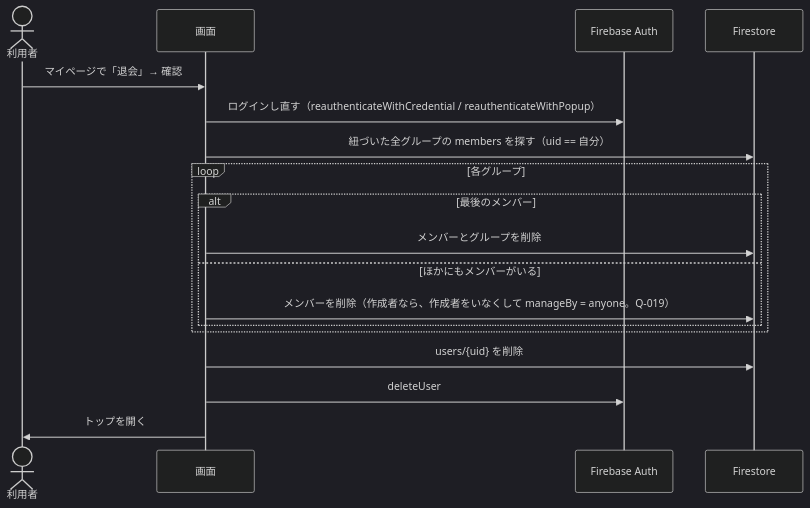
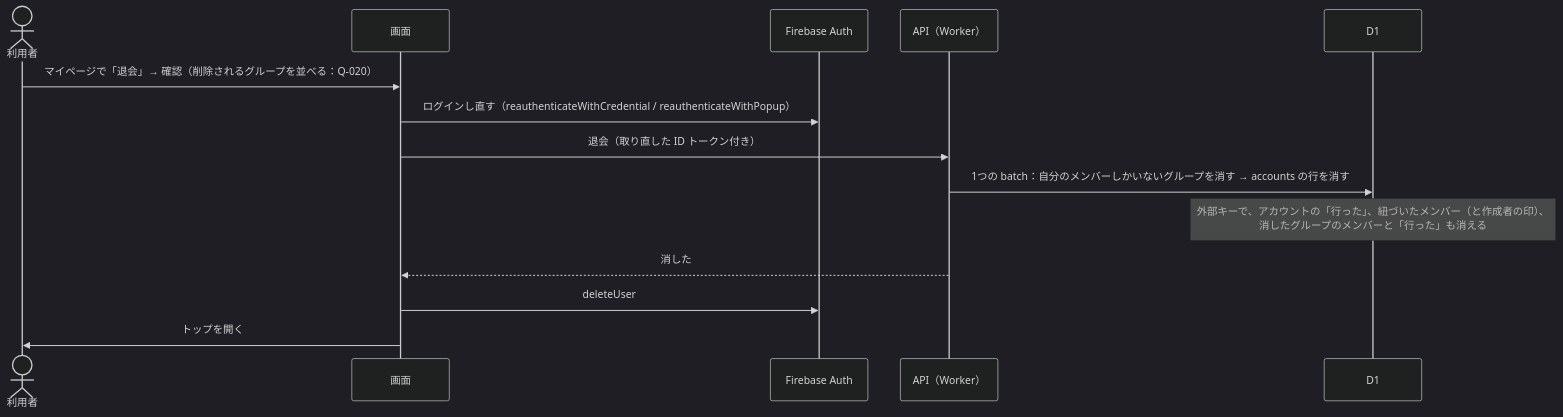
Before and after one commit to yuppy52/tabikaigi-map: the fourth of 4 diagrams in docs/design/auth-flow.md, drawn with Mermaid (dark theme). The commit also changed other lines of this file and 11 other files, not shown here.

````diff
--- a/docs/design/auth-flow.md
+++ b/docs/design/auth-flow.md
@@ -157,21 +164,17 @@
 ```mermaid
 sequenceDiagram
   actor U as 利用者
   participant App as 画面
   participant Auth as Firebase Auth
-  participant DB as Firestore
+  participant API as API（Worker）
+  participant DB as D1
 
-  U->>App: マイページで「退会」→ 確認
+  U->>App: マイページで「退会」→ 確認（削除されるグループを並べる：Q-020）
   App->>Auth: ログインし直す（reauthenticateWithCredential / reauthenticateWithPopup）
-  App->>DB: 紐づいた全グループの members を探す（uid == 自分）
-  loop 各グループ
-    alt 最後のメンバー
-      App->>DB: メンバーとグループを削除
-    else ほかにもメンバーがいる
-      App->>DB: メンバーを削除（作成者なら、作成者をいなくして manageBy = anyone。Q-019）
-    end
-  end
-  App->>DB: users/{uid} を削除
+  App->>API: 退会（取り直した ID トークン付き）
+  API->>DB: 1つの batch：自分のメンバーしかいないグループを消す → accounts の行を消す
+  Note over DB: 外部キーで、アカウントの「行った」、紐づいたメンバー（と作成者の印）、<br/>消したグループのメンバーと「行った」も消える
+  API-->>App: 消した
   App->>Auth: deleteUser
   App->>U: トップを開く
 ```
````
